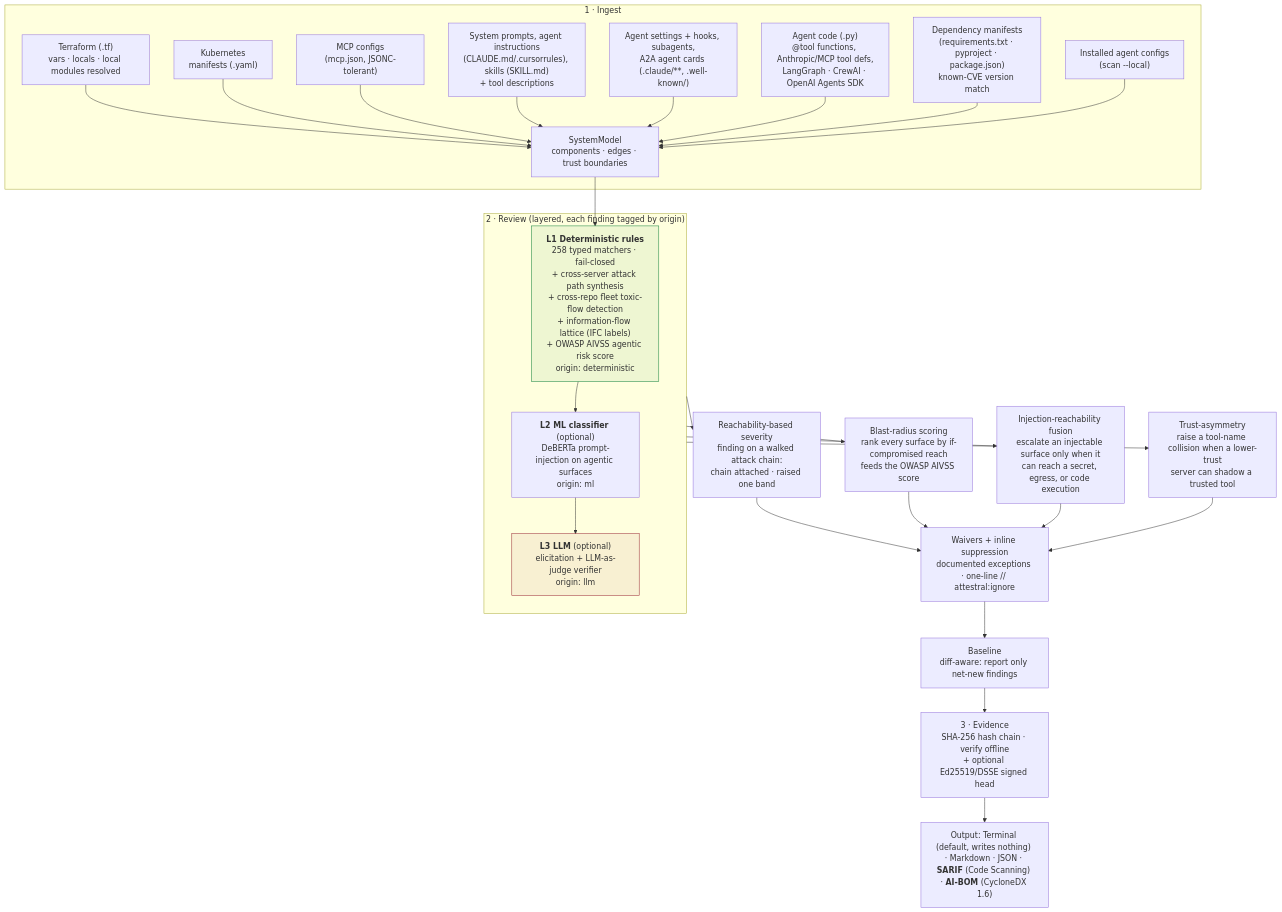
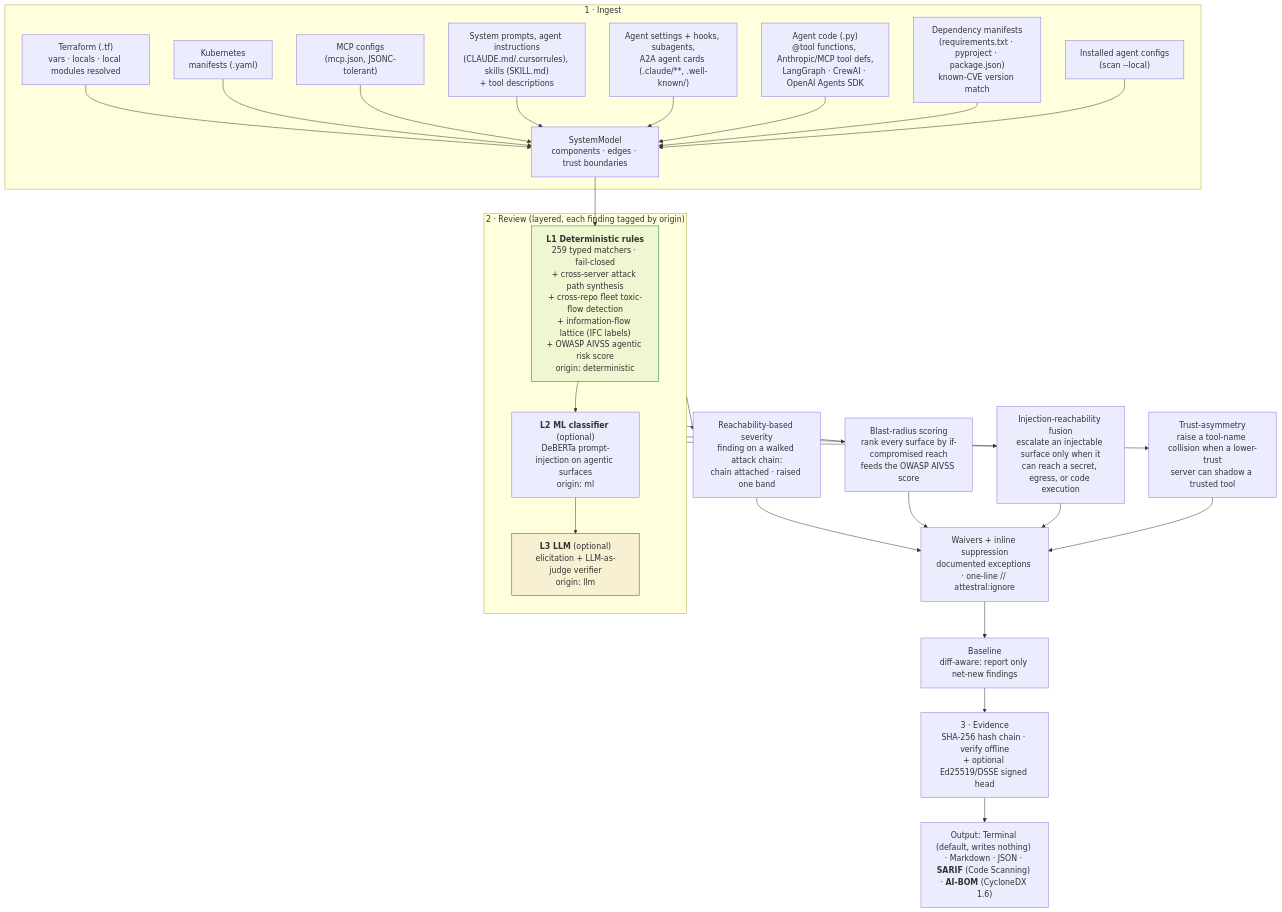
The first of 4 diagrams in README.md (attestral-labs/attestral), drawn with Mermaid before and after one commit. The commit also changed other lines of this file and 17 other files, not shown here.

````diff
--- a/README.md
+++ b/README.md
@@ -120,34 +120,34 @@
 ```mermaid
 flowchart TB
     subgraph ING["1 · Ingest"]
         TF["Terraform (.tf)<br/>vars · locals · local modules resolved"] --> M
         K8S["Kubernetes<br/>manifests (.yaml)"] --> M
         MCP["MCP configs<br/>(mcp.json, JSONC-tolerant)"] --> M
         SP["System prompts, agent instructions<br/>(CLAUDE.md/.cursorrules), skills (SKILL.md)<br/>+ tool descriptions"] --> M
         AC["Agent settings + hooks, subagents,<br/>A2A agent cards (.claude/**, .well-known/)"] --> M
         CODE["Agent code (.py)<br/>@tool functions, Anthropic/MCP tool defs,<br/>LangGraph · CrewAI · OpenAI Agents SDK"] --> M
         DEP["Dependency manifests<br/>(requirements.txt · pyproject · package.json)<br/>known-CVE version match"] --> M
         LC["Installed agent configs<br/>(scan --local)"] --> M
         M["SystemModel<br/>components · edges · trust boundaries"]
     end
     M --> L1
     subgraph REV["2 · Review (layered, each finding tagged by origin)"]
-        L1["<b>L1 Deterministic rules</b><br/>258 typed matchers · fail-closed<br/>+ cross-server attack path synthesis<br/>+ cross-repo fleet toxic-flow detection<br/>+ information-flow lattice (IFC labels)<br/>+ OWASP AIVSS agentic risk score<br/>origin: deterministic"]
+        L1["<b>L1 Deterministic rules</b><br/>259 typed matchers · fail-closed<br/>+ cross-server attack path synthesis<br/>+ cross-repo fleet toxic-flow detection<br/>+ information-flow lattice (IFC labels)<br/>+ OWASP AIVSS agentic risk score<br/>origin: deterministic"]
         L2["<b>L2 ML classifier</b> (optional)<br/>DeBERTa prompt-injection on agentic surfaces<br/>origin: ml"]
         L3["<b>L3 LLM</b> (optional)<br/>elicitation + LLM-as-judge verifier<br/>origin: llm"]
         L1 --> L2 --> L3
     end
     REV --> RS["Reachability-based severity<br/>finding on a walked attack chain:<br/>chain attached · raised one band"]
     REV --> BR["Blast-radius scoring<br/>rank every surface by if-compromised reach<br/>feeds the OWASP AIVSS score"]
     REV --> IR["Injection-reachability fusion<br/>escalate an injectable surface only when it<br/>can reach a secret, egress, or code execution"]
     REV --> TA["Trust-asymmetry<br/>raise a tool-name collision when a lower-trust<br/>server can shadow a trusted tool"]
     RS --> W["Waivers + inline suppression<br/>documented exceptions · one-line // attestral:ignore"]
     BR --> W
     IR --> W
     TA --> W
     W --> BL["Baseline<br/>diff-aware: report only net-new findings"]
     BL --> EV["3 · Evidence<br/>SHA-256 hash chain · verify offline<br/>+ optional Ed25519/DSSE signed head"]
     EV --> OUT["Output: Terminal (default, writes nothing) · Markdown · JSON · <b>SARIF</b> (Code Scanning) · <b>AI-BOM</b> (CycloneDX 1.6)"]
     style L1 fill:#0a7d3611,stroke:#0a7d36
     style L3 fill:#96222E11,stroke:#96222E
 ```
````
